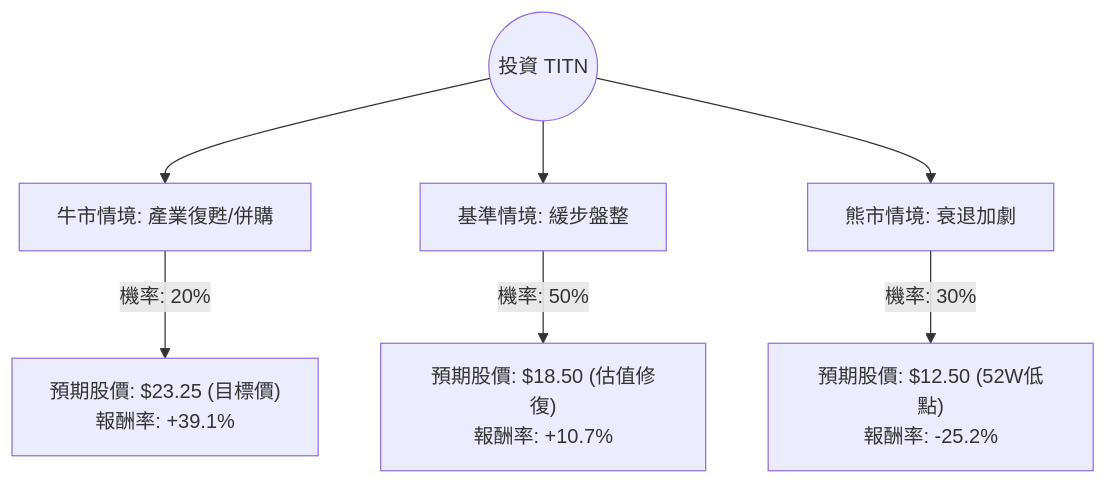
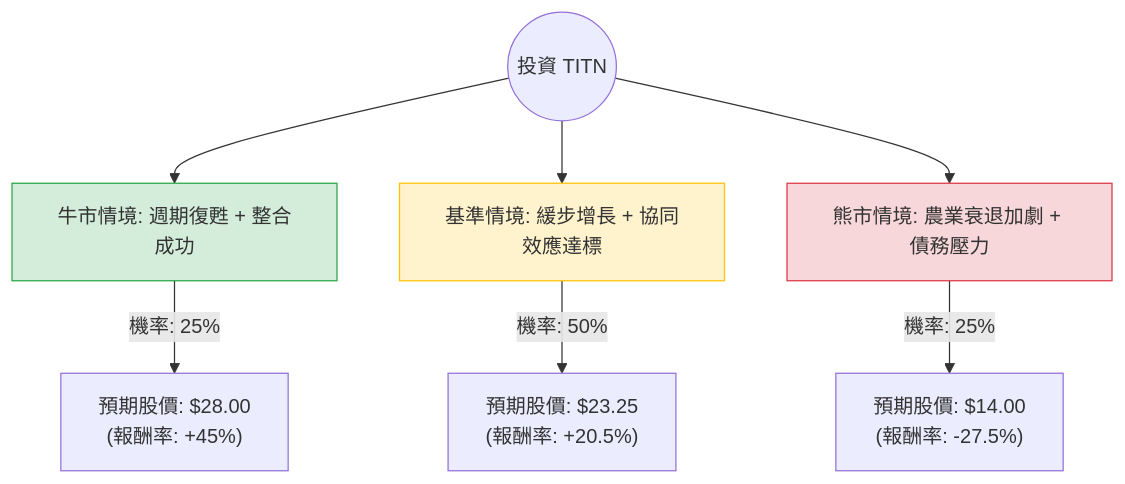
Before and after one commit to zmcx16/zmcx16.github.io: the diagram in plugin-react/ai-analysis/ev-analysis/TITN.md, drawn with Mermaid. The commit also changed other lines of this file and 85 other files, not shown here.

````diff
--- a/plugin-react/ai-analysis/ev-analysis/TITN.md
+++ b/plugin-react/ai-analysis/ev-analysis/TITN.md
@@ -23,10 +20,14 @@
 ```mermaid
 graph TD
-    Start((投資 TITN)) --> Bull[牛市情境: 產業復甦/併購]
-    Start --> Base[基準情境: 緩步盤整]
-    Start --> Bear[熊市情境: 衰退加劇]
+    Start((投資 TITN)) --> Bull[牛市情境: 週期復甦 + 整合成功]
+    Start --> Base[基準情境: 緩步增長 + 協同效應達標]
+    Start --> Bear[熊市情境: 農業衰退加劇 + 債務壓力]
 
-    Bull -- "機率: 20%" --> BullVal["預期股價: $23.25 (目標價)<br/>報酬率: +39.1%"]
-    Base -- "機率: 50%" --> BaseVal["預期股價: $18.50 (估值修復)<br/>報酬率: +10.7%"]
-    Bear -- "機率: 30%" --> BearVal["預期股價: $12.50 (52W低點)<br/>報酬率: -25.2%"]
+    Bull -- "機率: 25%" --> BullVal["預期股價: $28.00 <br/> (報酬率: +45%)"]
+    Base -- "機率: 50%" --> BaseVal["預期股價: $23.25 <br/> (報酬率: +20.5%)"]
+    Bear -- "機率: 25%" --> BearVal["預期股價: $14.00 <br/> (報酬率: -27.5%)"]
+
+    style Bull fill:#d4edda,stroke:#28a745
+    style Base fill:#fff3cd,stroke:#ffc107
+    style Bear fill:#f8d7da,stroke:#dc3545
 ```
````
